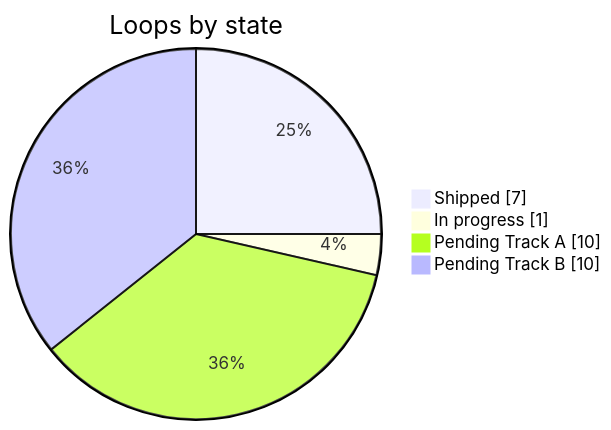
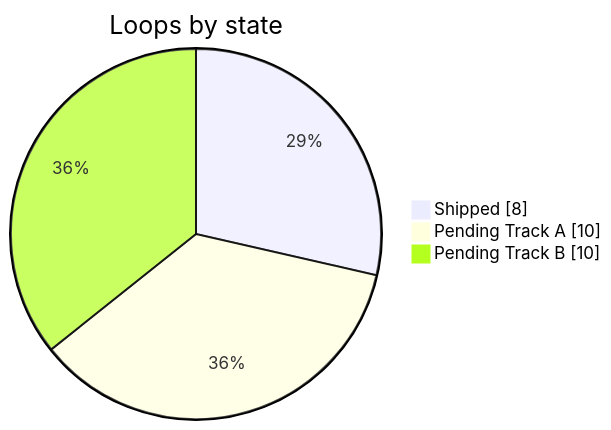
One commit to ivangarciafilho/DNDSheet changed the first of 2 diagrams in docs/roadmap/DNDSheet-Implementation-Backlog.md. Above: the diagram before and after it, drawn with Mermaid. The commit also changed other lines of this file and 2 other files, not shown here.

````diff
--- a/docs/roadmap/DNDSheet-Implementation-Backlog.md
+++ b/docs/roadmap/DNDSheet-Implementation-Backlog.md
@@ -54,8 +54,7 @@
 ```mermaid
 pie showData
   title Loops by state
-  "Shipped" : 7
-  "In progress" : 1
+  "Shipped" : 8
   "Pending Track A" : 10
   "Pending Track B" : 10
 ```
````
